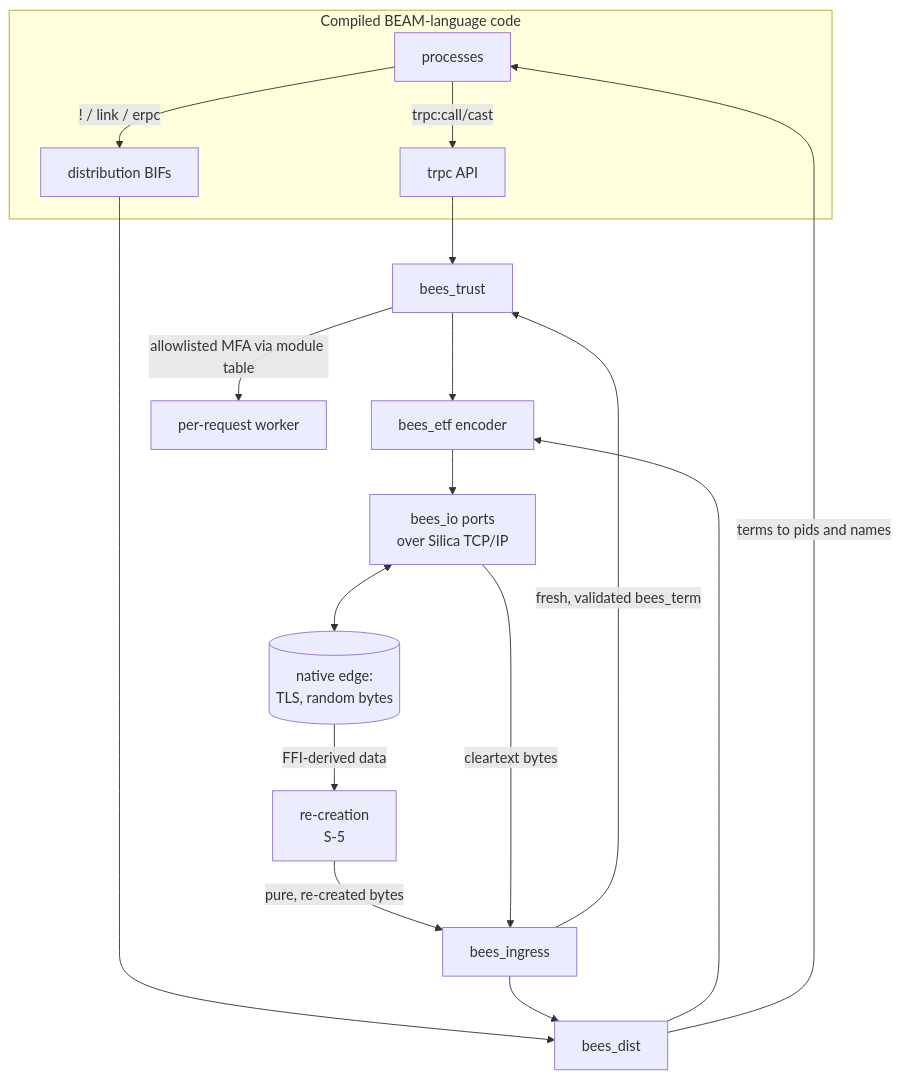
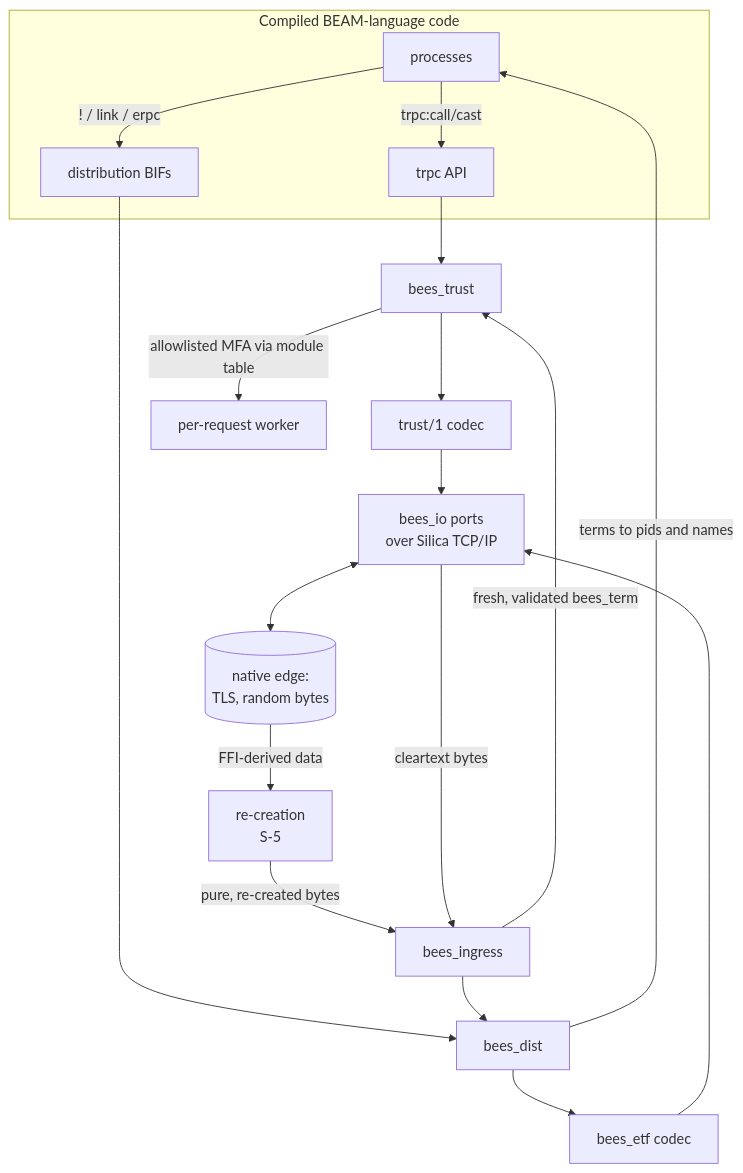
The first of 2 diagrams in development-plan/inter-nodal-modes.md (yenrab/project-bees), drawn with Mermaid before and after one commit. The commit also changed other lines of this file and 3 other files, not shown here.

````diff
--- a/development-plan/inter-nodal-modes.md
+++ b/development-plan/inter-nodal-modes.md
@@ -36,20 +32,21 @@
 ```mermaid
 graph TD
   subgraph "Compiled BEAM-language code"
     APP[processes] -->|trpc:call/cast| TRPC[trpc API]
     APP -->|"! / link / erpc"| DBIF[distribution BIFs]
   end
   TRPC --> TR[bees_trust]
   DBIF --> DI[bees_dist]
-  TR --> CODEC[bees_etf encoder]
-  DI --> CODEC
-  CODEC --> IO[bees_io ports<br/>over Silica TCP/IP]
+  TR --> TCODEC[trust/1 codec]
+  DI --> CODEC[bees_etf codec]
+  TCODEC --> IO[bees_io ports<br/>over Silica TCP/IP]
+  CODEC --> IO
   IO <--> EDGE[(native edge:<br/>TLS, random bytes)]
   EDGE -->|FFI-derived data| RC[re-creation<br/>S-5]
   RC -->|pure, re-created bytes| GATE[bees_ingress]
   IO -->|cleartext bytes| GATE
   GATE -->|fresh, validated bees_term| TR
   GATE --> DI
   TR -->|allowlisted MFA via module table| W[per-request worker]
   DI -->|terms to pids and names| APP
 ```
````
